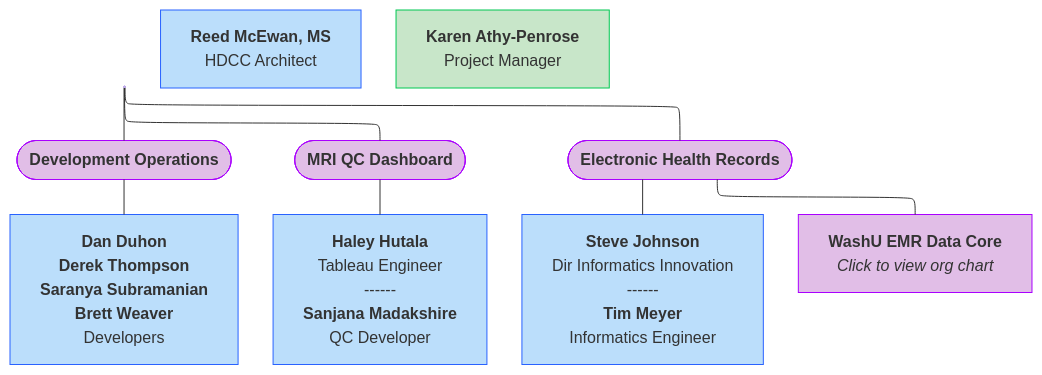
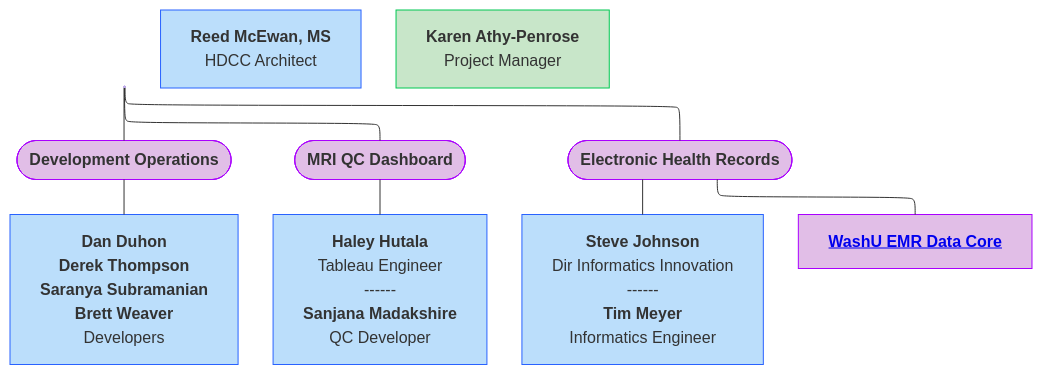
The diagram in docs/orgcharts/mermaid/hst.mmd (DCAN-Labs/hbcd-docs-internal), drawn with Mermaid before and after one commit. The commit also changed 1 other file, not shown here.

```diff
--- a/docs/orgcharts/mermaid/hst.mmd
+++ b/docs/orgcharts/mermaid/hst.mmd
@@ -1,29 +1,28 @@
 ---
 config:
   layout: elk
 ---
 flowchart TB
     B["<b>Karen Athy-Penrose</b><br>Project Manager"] --- n2(["<b>Development Operations</b>"]) & n3(["<b>MRI QC Dashboard</b>"]) & n4(["<b>Electronic Health Records</b>"])
     n2 --- F["<b>Dan Duhon<br>Derek Thompson<br>Saranya Subramanian<br>Brett Weaver</b><br>Developers"]
     n3 --- G["<b>Haley Hutala</b><br>Tableau Engineer
     ------
     <b>Sanjana Madakshire</b><br>QC Developer"]
     n4 --- H["<b>Steve Johnson</b><br>Dir Informatics Innovation
     ------
     <b>Tim Meyer</b><br>Informatics Engineer"]
-    n4 --- n5["<b>WashU EMR Data Core<br></b><i>Click to view org chart</i>"]
+    n4 --- n5["<a href="../orgcharts/washu" target="_top"><b>WashU EMR Data Core</b></a>"]
     E["<b>Reed McEwan, MS</b><br>HDCC Architect"]
     n6["<b>Karen Athy-Penrose</b><br>Project Manager"]
     B@{ shape: anchor}
     n6@{ shape: rect}
     style B fill:#C8E6C9,stroke:#00C853
     style n2 fill:#E1BEE7,stroke:#AA00FF
     style n3 fill:#E1BEE7,stroke:#AA00FF
     style n4 fill:#E1BEE7,stroke:#AA00FF
     style F fill:#BBDEFB,stroke:#2962FF
     style G fill:#BBDEFB,stroke:#2962FF
     style H fill:#BBDEFB,stroke:#2962FF
     style n5 fill:#E1BEE7,stroke:#AA00FF
     style E fill:#BBDEFB,stroke:#2962FF
     style n6 fill:#C8E6C9,stroke:#00C853
-    click n5 "#washu"
```
